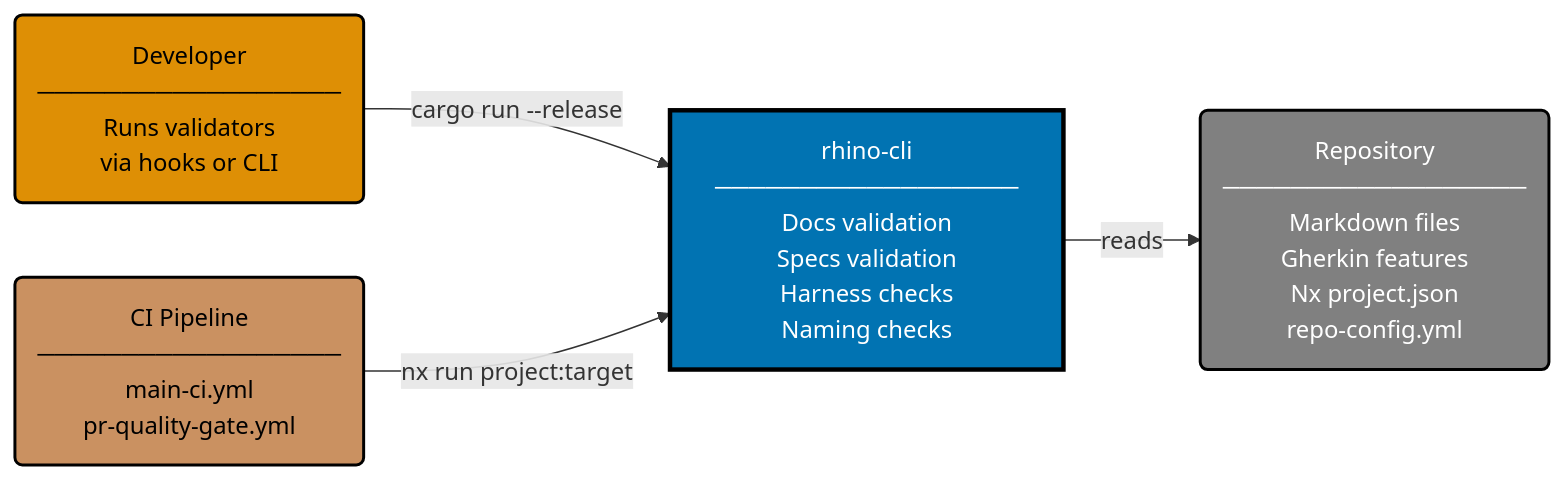
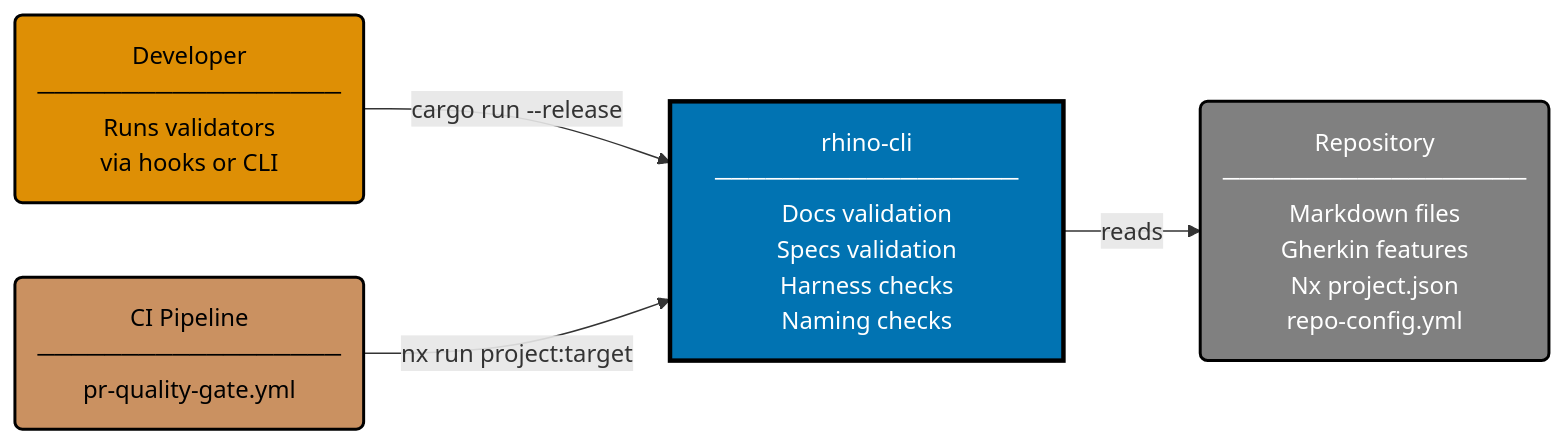
The diagram in specs/apps/rhino/system-context/context.md (wahidyankf/ose-primer), drawn with Mermaid before and after one commit. The commit also changed 108 other files, not shown here.

````diff
--- a/specs/apps/rhino/system-context/context.md
+++ b/specs/apps/rhino/system-context/context.md
@@ -6,20 +6,20 @@
 ```mermaid
 %% Color Palette: Blue #0173B2 | Orange #DE8F05 | Teal #029E73 | Purple #CC78BC | Brown #CA9161 | Gray #808080
 graph LR
     DEV("Developer<br/>──────────────────<br/>Runs validators<br/>via hooks or CLI"):::actor
 
-    CI("CI Pipeline<br/>──────────────────<br/>main-ci.yml<br/>pr-quality-gate.yml"):::actor_ci
+    CI("CI Pipeline<br/>──────────────────<br/>pr-quality-gate.yml"):::actor_ci
 
     SYSTEM["rhino-cli<br/>──────────────────<br/>Docs validation<br/>Specs validation<br/>Harness checks<br/>Naming checks"]:::system
 
     REPO("Repository<br/>──────────────────<br/>Markdown files<br/>Gherkin features<br/>Nx project.json<br/>repo-config.yml"):::external
 
     DEV -->|"cargo run --release"| SYSTEM
     CI -->|"nx run project:target"| SYSTEM
     SYSTEM -->|"reads"| REPO
 
     classDef actor fill:#DE8F05,stroke:#000000,color:#000000,stroke-width:2px
     classDef actor_ci fill:#CA9161,stroke:#000000,color:#000000,stroke-width:2px
     classDef system fill:#0173B2,stroke:#000000,color:#FFFFFF,stroke-width:3px
     classDef external fill:#808080,stroke:#000000,color:#FFFFFF,stroke-width:2px
 ```
````
